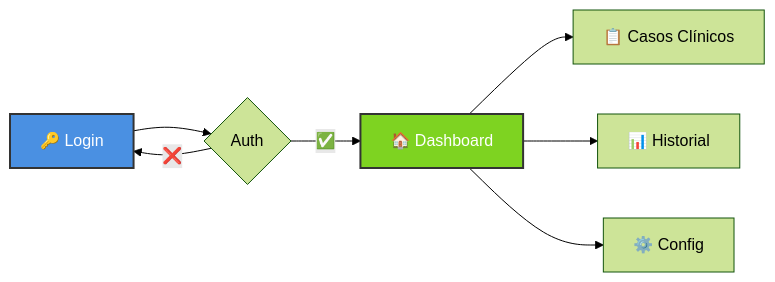
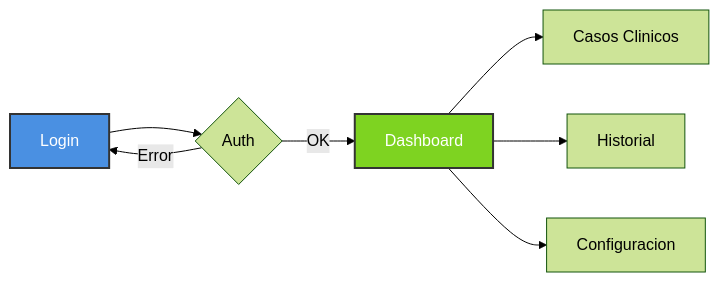
The second of 5 diagrams in README.md (dIAgnoseTeam/dIAgnose), drawn with Mermaid (forest theme) before and after one commit. The commit also changed other lines of this file and 1 other file, not shown here.

````diff
--- a/README.md
+++ b/README.md
@@ -80,12 +80,12 @@
 ```mermaid
 graph LR
-    A[🔑 Login] --> B{Auth}
-    B -->|✅| C[🏠 Dashboard]
-    B -->|❌| A
-    C --> D[📋 Casos Clínicos]
-    C --> F[📊 Historial]
-    C --> G[⚙️ Config]
+    A[Login] --> B{Auth}
+    B -->|OK| C[Dashboard]
+    B -->|Error| A
+    C --> D[Casos Clinicos]
+    C --> F[Historial]
+    C --> G[Configuracion]
 
     style A fill:#4A90E2,stroke:#333,stroke-width:2px,color:#fff
     style C fill:#7ED321,stroke:#333,stroke-width:2px,color:#fff
 ```
````
